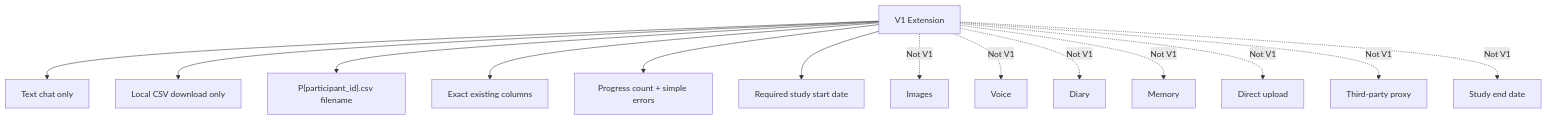
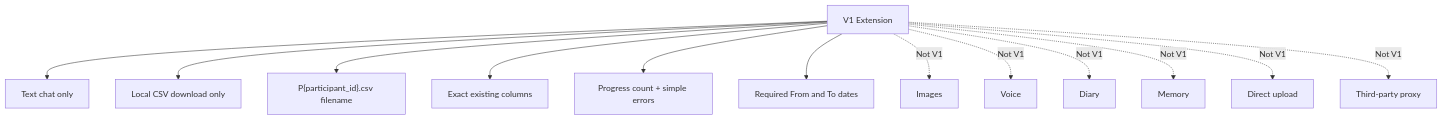
One commit to PengLin-Zilv/CompanionLink changed the seventh of 7 diagrams in replika-online-export-visual-workflow.md. Above: the diagram before and after it, drawn with Mermaid. The commit also changed other lines of this file and 10 other files, not shown here.

````diff
--- a/replika-online-export-visual-workflow.md
+++ b/replika-online-export-visual-workflow.md
@@ -288,17 +288,16 @@
 ```mermaid
 flowchart TD
     A["V1 Extension"] --> B["Text chat only"]
     A --> C["Local CSV download only"]
     A --> D["P{participant_id}.csv filename"]
     A --> E["Exact existing columns"]
     A --> F["Progress count + simple errors"]
-    A --> M["Required study start date"]
+    A --> M["Required From and To dates"]
 
     A -. "Not V1" .-> G["Images"]
     A -. "Not V1" .-> H["Voice"]
     A -. "Not V1" .-> I["Diary"]
     A -. "Not V1" .-> J["Memory"]
     A -. "Not V1" .-> K["Direct upload"]
     A -. "Not V1" .-> L["Third-party proxy"]
-    A -. "Not V1" .-> N["Study end date"]
 ```
````
